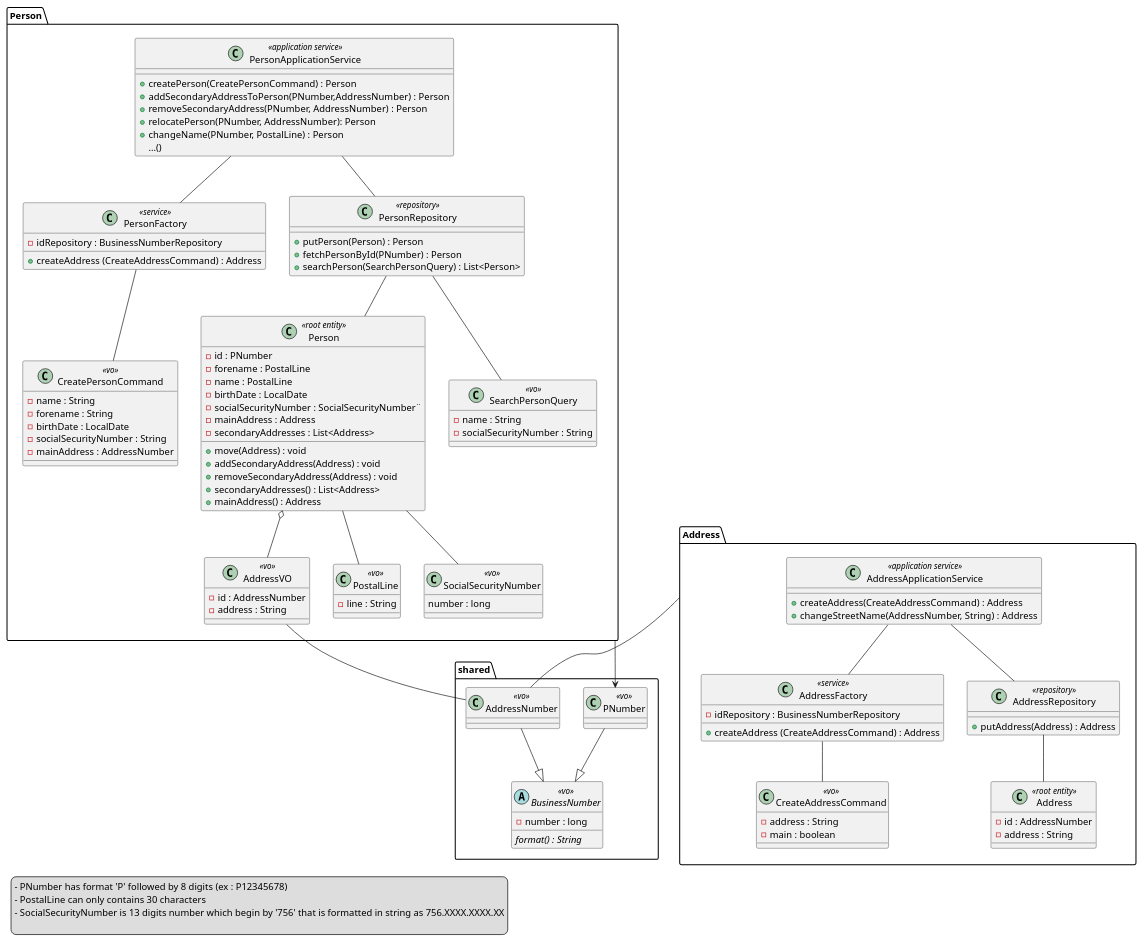
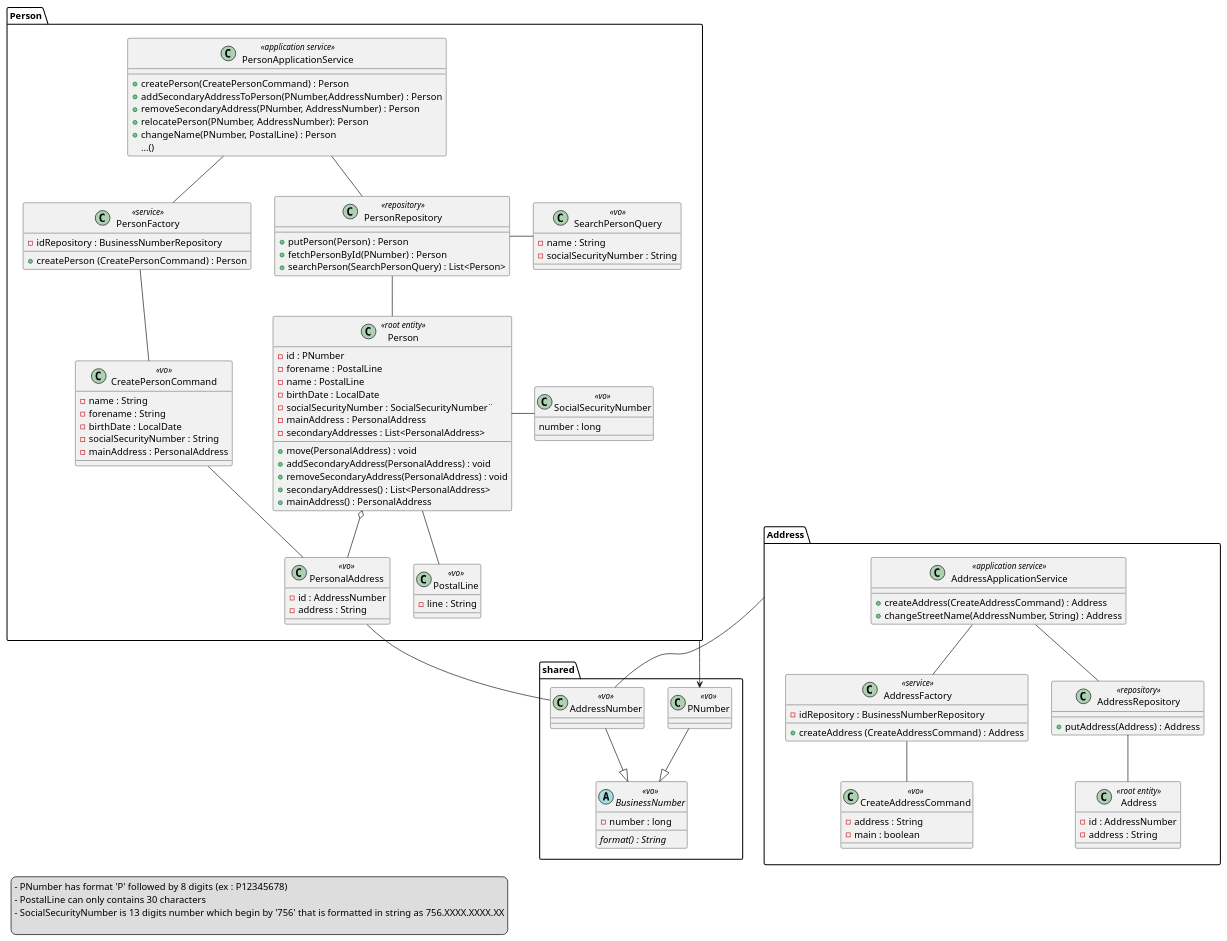
The diagram in person/person-domain/PersonDomainVariante.puml (McKratt/microservice-sandbox), drawn with PlantUML before and after one commit.

Commit message:
fix domain model

```diff
--- a/person/person-domain/PersonDomainVariante.puml
+++ b/person/person-domain/PersonDomainVariante.puml
@@ -1,123 +1,125 @@
 @startuml
 package Person {
     class PersonApplicationService <<application service>> {
         + createPerson(CreatePersonCommand) : Person
         + addSecondaryAddressToPerson(PNumber,AddressNumber) : Person
         + removeSecondaryAddress(PNumber, AddressNumber) : Person
         + relocatePerson(PNumber, AddressNumber): Person
         + changeName(PNumber, PostalLine) : Person
         ...()
     }
     class PersonFactory <<service>> {
         - idRepository : BusinessNumberRepository
-        + createAddress (CreateAddressCommand) : Address
+        + createPerson (CreatePersonCommand) : Person
     }
     class PersonRepository <<repository>> {
         + putPerson(Person) : Person
         + fetchPersonById(PNumber) : Person
         + searchPerson(SearchPersonQuery) : List<Person>
     }
     class CreatePersonCommand <<vo>> {
         - name : String
         - forename : String
         - birthDate : LocalDate
         - socialSecurityNumber : String
-        - mainAddress : AddressNumber
+        - mainAddress : PersonalAddress
     }
     class SearchPersonQuery <<vo>> {
         - name : String
         - socialSecurityNumber : String
     }
     class Person <<root entity>> {
         - id : PNumber
         - forename : PostalLine
         - name : PostalLine
         - birthDate : LocalDate
         - socialSecurityNumber : SocialSecurityNumber¨
-        - mainAddress : Address
-        - secondaryAddresses : List<Address>
-        + move(Address) : void
-        + addSecondaryAddress(Address) : void
-        + removeSecondaryAddress(Address) : void
-        + secondaryAddresses() : List<Address>
-        + mainAddress() : Address
+        - mainAddress : PersonalAddress
+        - secondaryAddresses : List<PersonalAddress>
+        + move(PersonalAddress) : void
+        + addSecondaryAddress(PersonalAddress) : void
+        + removeSecondaryAddress(PersonalAddress) : void
+        + secondaryAddresses() : List<PersonalAddress>
+        + mainAddress() : PersonalAddress
     }
-    class AddressVO <<vo>> {
+    class PersonalAddress <<vo>> {
         - id : AddressNumber
         - address : String
     }
     class PostalLine <<vo>> {
         - line : String
     }
     class SocialSecurityNumber <<vo>> {
         number : long
     }
     PersonApplicationService -- PersonFactory
     PersonApplicationService -- PersonRepository
 
     PersonFactory -- CreatePersonCommand
 
     PersonRepository -- Person
-    PersonRepository -- SearchPersonQuery
+    PersonRepository -right- SearchPersonQuery
 
     Person -- PostalLine
-    Person o-- AddressVO
-    Person -- SocialSecurityNumber
+    Person o-- PersonalAddress
+    Person -right- SocialSecurityNumber
+
+    CreatePersonCommand -- PersonalAddress
 
 }
 
 package Address {
     class AddressApplicationService <<application service>> {
         + createAddress(CreateAddressCommand) : Address
         + changeStreetName(AddressNumber, String) : Address
     }
     class AddressFactory <<service>> {
         - idRepository : BusinessNumberRepository
         + createAddress (CreateAddressCommand) : Address
     }
     class AddressRepository <<repository>> {
         + putAddress(Address) : Address
     }
     class CreateAddressCommand <<vo>> {
         - address : String
         - main : boolean
     }
     class Address <<root entity>> {
         - id : AddressNumber
         - address : String
     }
 
     AddressApplicationService -- AddressRepository
     AddressApplicationService -- AddressFactory
 
     AddressFactory -- CreateAddressCommand
 
     AddressRepository -- Address
 }
 
 package shared {
     class AddressNumber <<vo>>
     class PNumber <<vo>>
 
     abstract BusinessNumber <<vo>> {
         - number : long
         {abstract} format() : String
     }
 
     PNumber --|> BusinessNumber
     
     AddressNumber --|> BusinessNumber
 }
 
 Address -- AddressNumber
-AddressVO -- AddressNumber
+PersonalAddress -- AddressNumber
 Person -> PNumber
 
 legend left
 - PNumber has format 'P' followed by 8 digits (ex : P12345678)
 - PostalLine can only contains 30 characters
 - SocialSecurityNumber is 13 digits number which begin by '756' that is formatted in string as 756.XXXX.XXXX.XX
 
 end legend
 
 @enduml
```
